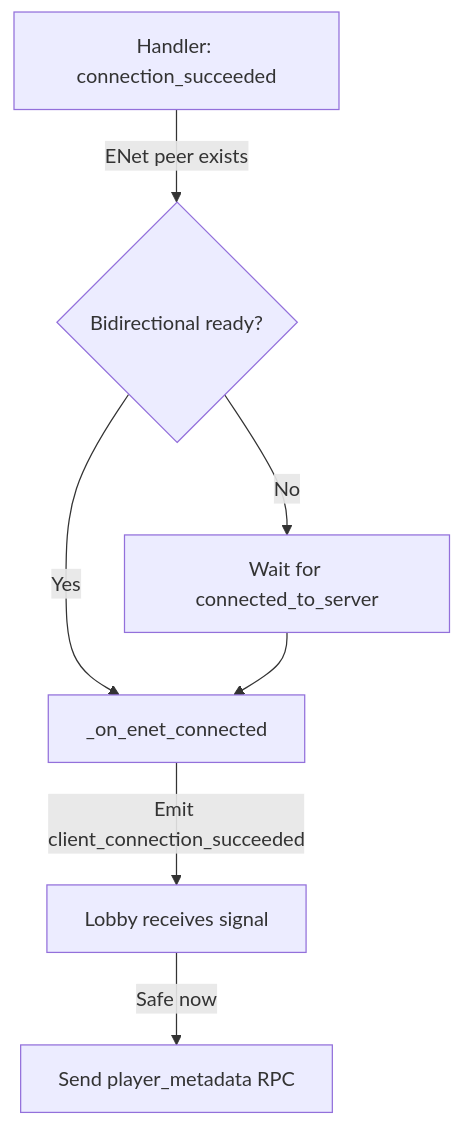
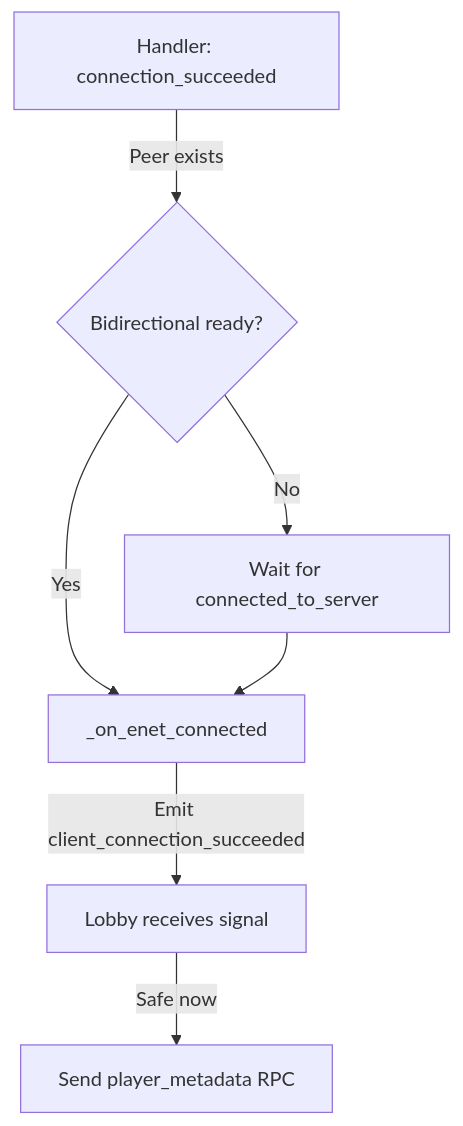
One commit to ssebs/DankNooner changed the sixth of 13 diagrams in v2/planning_docs/LobbyGameFlowMP.md. Above: the diagram before and after it, drawn with Mermaid. The commit also changed other lines of this file and 2 other files, not shown here.

````diff
--- a/v2/planning_docs/LobbyGameFlowMP.md
+++ b/v2/planning_docs/LobbyGameFlowMP.md
@@ -184,9 +223,9 @@
 ```mermaid
 flowchart TD
-    A[Handler: connection_succeeded] -->|"ENet peer exists"| B{Bidirectional ready?}
+    A[Handler: connection_succeeded] -->|"Peer exists"| B{Bidirectional ready?}
     B -->|No| C[Wait for connected_to_server]
     B -->|Yes| D[_on_enet_connected]
     C --> D
     D -->|"Emit client_connection_succeeded"| E[Lobby receives signal]
     E -->|"Safe now"| F[Send player_metadata RPC]
 ```
````
